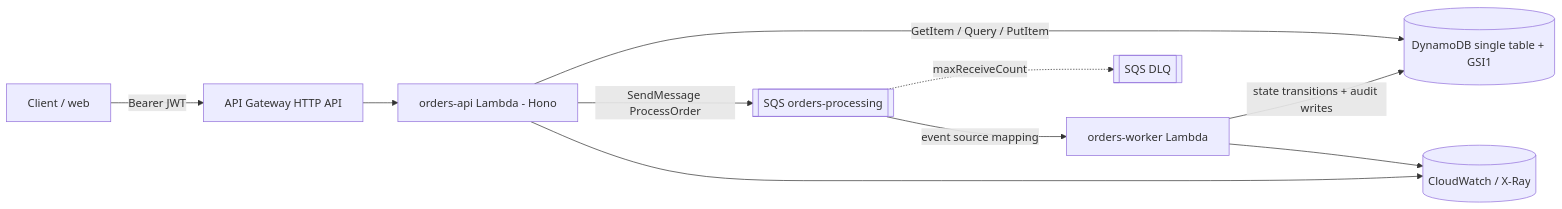
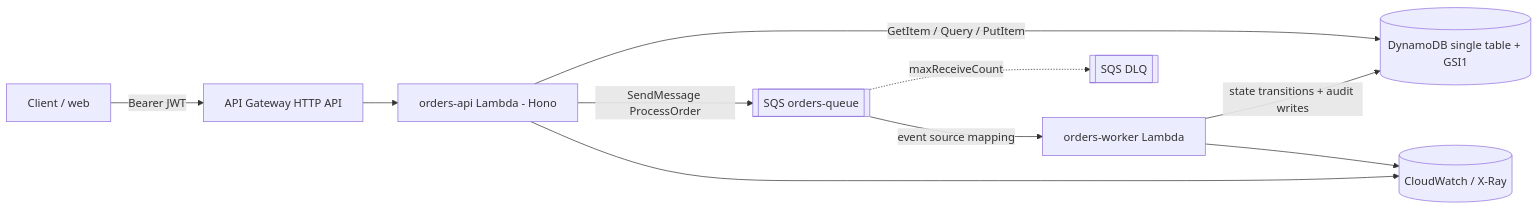
One commit to marcoshuaranga/tcs-challenge-for-backend changed the first of 3 diagrams in docs/design.md. Above: the diagram before and after it, drawn with Mermaid. The commit also changed other lines of this file and 9 other files, not shown here.

````diff
--- a/docs/design.md
+++ b/docs/design.md
@@ -37,12 +37,12 @@
 ```mermaid
 flowchart LR
   Client[Client / web] -->|Bearer JWT| APIGW[API Gateway HTTP API]
   APIGW --> ApiLambda[orders-api Lambda - Hono]
   ApiLambda -->|GetItem / Query / PutItem| DDB[(DynamoDB single table + GSI1)]
-  ApiLambda -->|SendMessage ProcessOrder| SQS[[SQS orders-processing]]
+  ApiLambda -->|SendMessage ProcessOrder| SQS[[SQS orders-queue]]
   SQS -->|event source mapping| WorkerLambda[orders-worker Lambda]
   WorkerLambda -->|state transitions + audit writes| DDB
   SQS -. maxReceiveCount .-> DLQ[[SQS DLQ]]
   WorkerLambda --> Logs[(CloudWatch / X-Ray)]
   ApiLambda --> Logs
 ```
````
